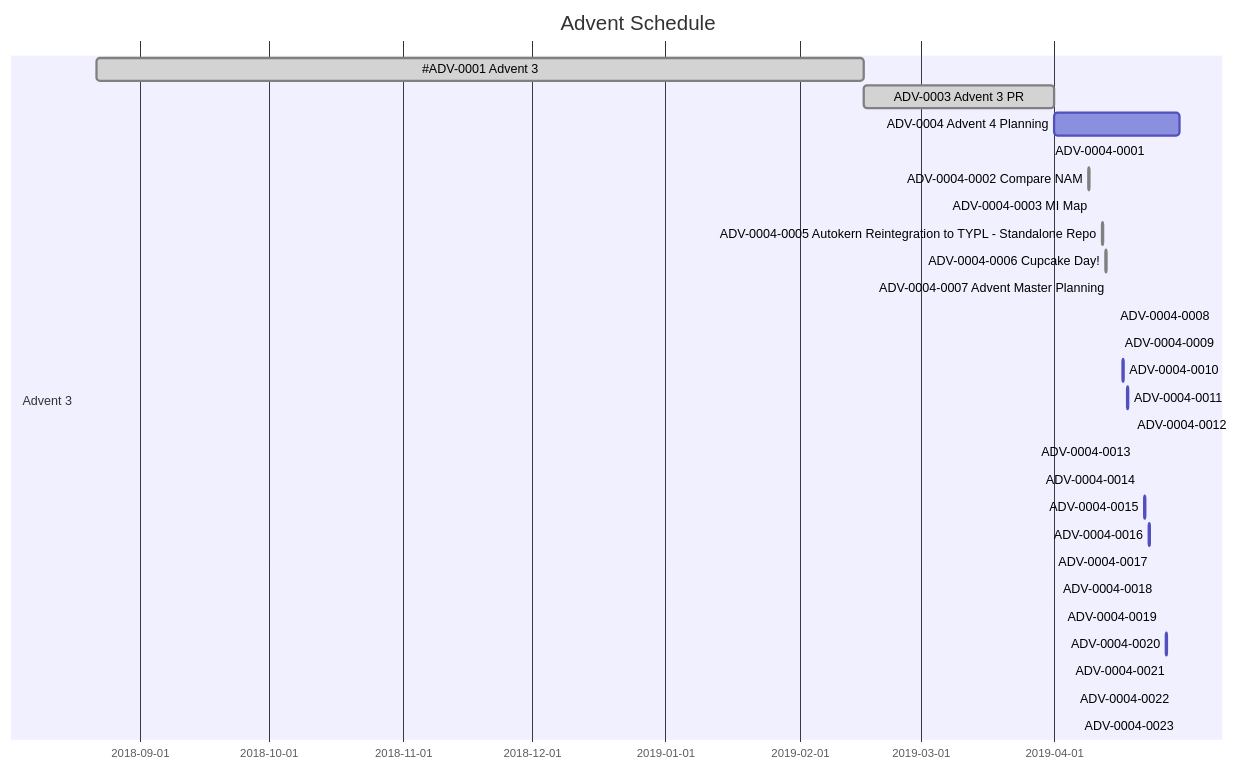
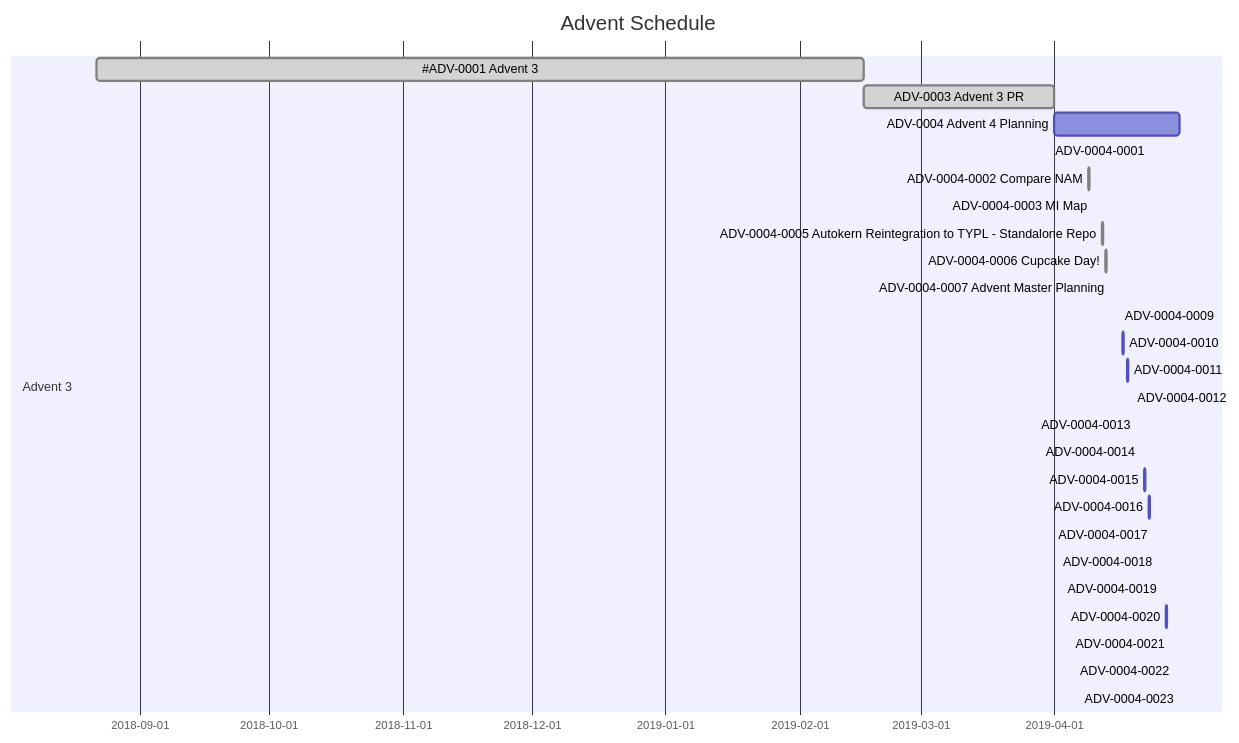
The second of 2 diagrams in README.md (VivaRado/Advent), drawn with Mermaid before and after one commit. The commit also changed 2 other files, not shown here.

Commit message:
schedule update

````diff
--- a/README.md
+++ b/README.md
@@ -805,32 +805,32 @@
 ```mermaid
 gantt
         dateFormat  YYYY-MM-DD
         title Advent Schedule
         section Advent 3
         #ADV-0001 Advent 3:         done,des1, 2018-08-22,2019-02-16
         ADV-0003 Advent 3 PR:         done,des2, 2019-02-16, 2019-04-01
         ADV-0004 Advent 4 Planning:         des3, after des2, 2019-04-30
         ADV-0004-0001:         done, des4, 2019-03-31, 2h
         ADV-0004-0002 Compare NAM:         done, des5, 2019-04-09, 2h
         ADV-0004-0003 MI Map:         done, des6, 2019-04-10, 2h
         
         ADV-0004-0005 Autokern Reintegration to TYPL - Standalone Repo: done, des8, 2019-04-12, 6h
         ADV-0004-0006 Cupcake Day!:         done, des9, 2019-04-13, 2h
         ADV-0004-0007 Advent Master Planning:         done, des10, 2019-04-14, 2h
-        ADV-0004-0008:         des11, 2019-04-15, 2h
+        
         ADV-0004-0009:         des12, 2019-04-16, 2h
         ADV-0004-0010:         des13, 2019-04-17, 2h
         ADV-0004-0011:         des14, 2019-04-18, 2h
         ADV-0004-0012:         des15, 2019-04-19, 2h
         ADV-0004-0013:         des16, 2019-04-20, 2h
         ADV-0004-0014:         des17, 2019-04-21, 2h
         ADV-0004-0015:         des18, 2019-04-22, 2h
         ADV-0004-0016:         des19, 2019-04-23, 2h
         ADV-0004-0017:         des20, 2019-04-24, 2h
         ADV-0004-0018:         des21, 2019-04-25, 2h
         ADV-0004-0019:         des22, 2019-04-26, 2h
         ADV-0004-0020:         des23, 2019-04-27, 2h
         ADV-0004-0021:         des24, 2019-04-28, 2h
         ADV-0004-0022:         des25, 2019-04-29, 2h
         ADV-0004-0023:         des26, 2019-04-30, 2h
 ```
````
